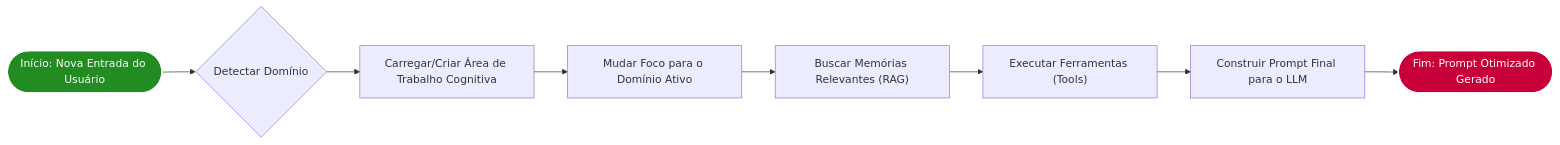
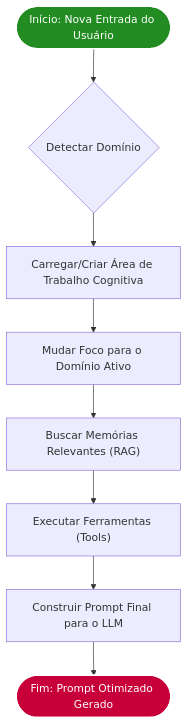
Before and after one commit to coagentis/eca-lib: the third of 3 diagrams in ARCHITECTURE.md, drawn with Mermaid. The commit also changed other lines of this file, not shown here.

````diff
--- a/ARCHITECTURE.md
+++ b/ARCHITECTURE.md
@@ -196,13 +199,13 @@
 ```mermaid
-flowchart LR
+flowchart TD
     Start([Início: Nova Entrada do Usuário]) --> DetectDomain{Detectar Domínio};
     DetectDomain --> LoadWorkspace[Carregar/Criar Área de Trabalho Cognitiva];
     LoadWorkspace --> SwitchFocus[Mudar Foco para o Domínio Ativo];
     SwitchFocus --> FetchMemory["Buscar Memórias Relevantes (RAG)"];
     FetchMemory --> RunTools["Executar Ferramentas (Tools)"];
     RunTools --> BuildFinalPrompt[Construir Prompt Final para o LLM];
     BuildFinalPrompt --> End([Fim: Prompt Otimizado Gerado]);
 
     style Start fill:#228B22,stroke:#fff,stroke-width:2px,color:#fff
     style End fill:#C70039,stroke:#fff,stroke-width:2px,color:#fff
 ```
````
